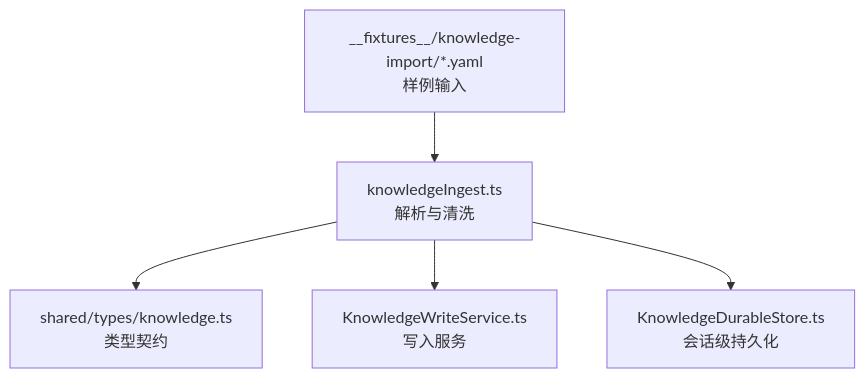
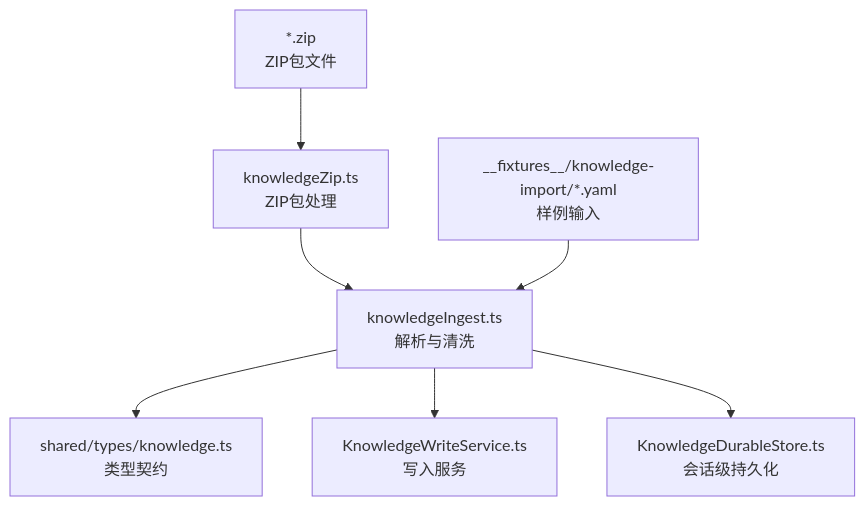
The first of 4 diagrams in .qoder/repowiki/zh/content/架构设计/核心组件设计/知识编译服务设计/冷数据导入.md (haolange/RDC-Agent), drawn with Mermaid before and after one commit. The commit also changed other lines of this file and 28 other files, not shown here.

````diff
--- a/.qoder/repowiki/zh/content/架构设计/核心组件设计/知识编译服务设计/冷数据导入.md
+++ b/.qoder/repowiki/zh/content/架构设计/核心组件设计/知识编译服务设计/冷数据导入.md
@@ -45,7 +46,9 @@
 ```mermaid
 graph TB
 A["knowledgeIngest.ts<br/>解析与清洗"] --> B["shared/types/knowledge.ts<br/>类型契约"]
 A --> C["KnowledgeWriteService.ts<br/>写入服务"]
 A --> D["KnowledgeDurableStore.ts<br/>会话级持久化"]
-E["__fixtures__/knowledge-import/*.yaml<br/>样例输入"] --> A
+E["knowledgeZip.ts<br/>ZIP包处理"] --> A
+F["__fixtures__/knowledge-import/*.yaml<br/>样例输入"] --> A
+G["*.zip<br/>ZIP包文件"] --> E
 ```
````
